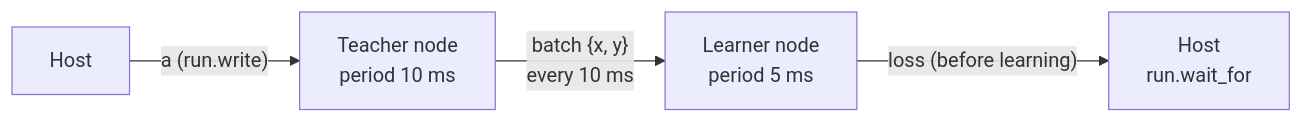
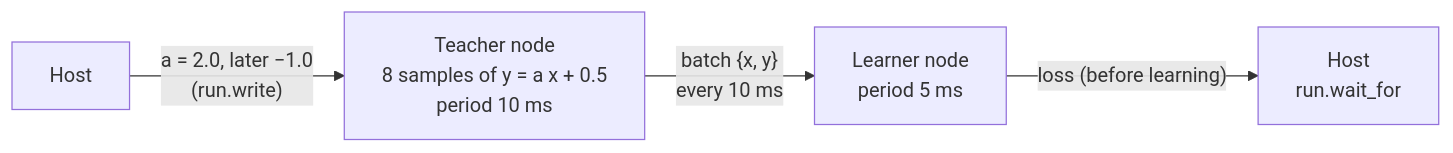
One commit to Geson-anko/mujou changed the first of 2 diagrams in docs/en/tutorial/4-learn-in-a-node.md. Above: the diagram before and after it, drawn with Mermaid. The commit also changed other lines of this file and 49 other files, not shown here.

````diff
--- a/docs/en/tutorial/4-learn-in-a-node.md
+++ b/docs/en/tutorial/4-learn-in-a-node.md
@@ -20,6 +7,6 @@
 ```mermaid
 flowchart LR
-    H1["Host"] -->|"a (run.write)"| T["Teacher node<br/>period 10 ms"]
+    H1["Host"] -->|"a = 2.0, later −1.0<br/>(run.write)"| T["Teacher node<br/>8 samples of y = a x + 0.5<br/>period 10 ms"]
     T -->|"batch {x, y}<br/>every 10 ms"| L["Learner node<br/>period 5 ms"]
     L -->|"loss (before learning)"| H2["Host<br/>run.wait_for"]
 ```
````
